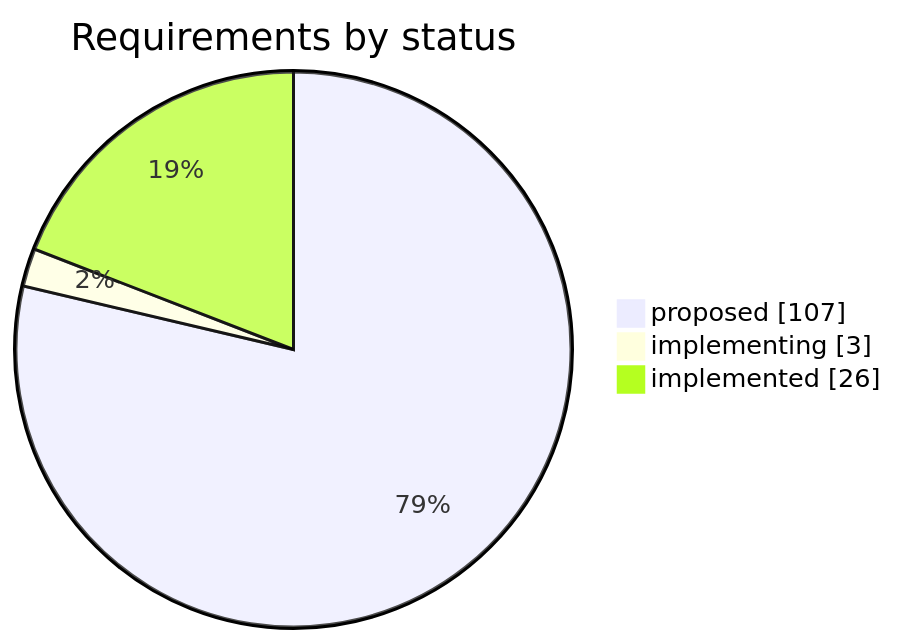
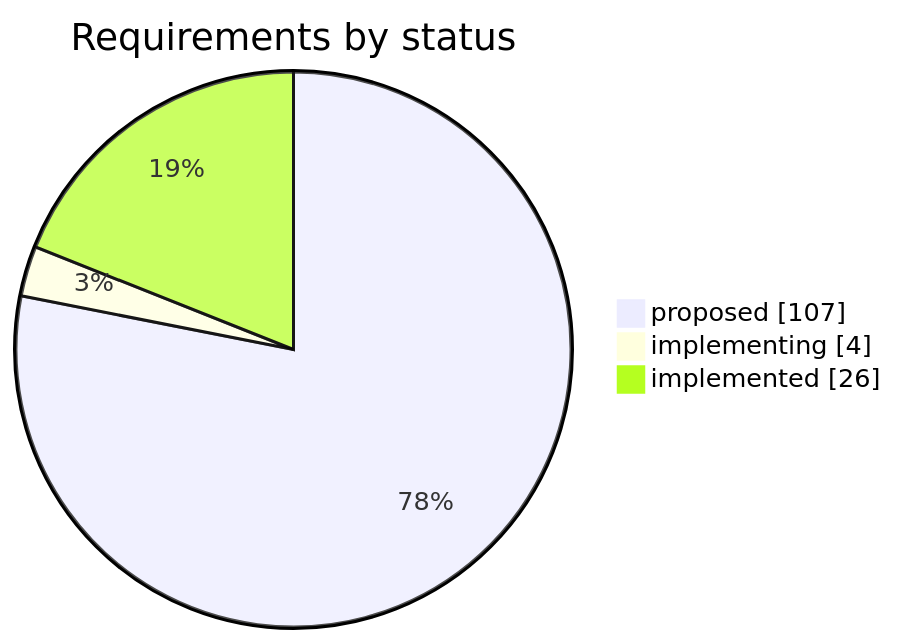
One commit to iammaxsu/automatic-testing-architecture changed the first of 2 diagrams in STATUS.md. Above: the diagram before and after it, drawn with Mermaid. The commit also changed other lines of this file and 7 other files, not shown here.

````diff
--- a/STATUS.md
+++ b/STATUS.md
@@ -25,6 +25,6 @@
 ```mermaid
 pie showData title Requirements by status
     "proposed" : 107
-    "implementing" : 3
+    "implementing" : 4
     "implemented" : 26
 ```
````
